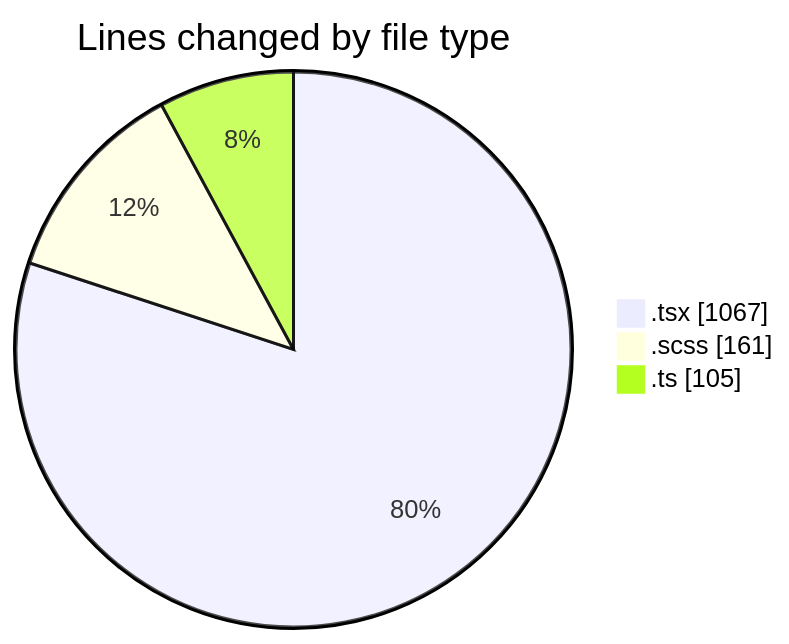
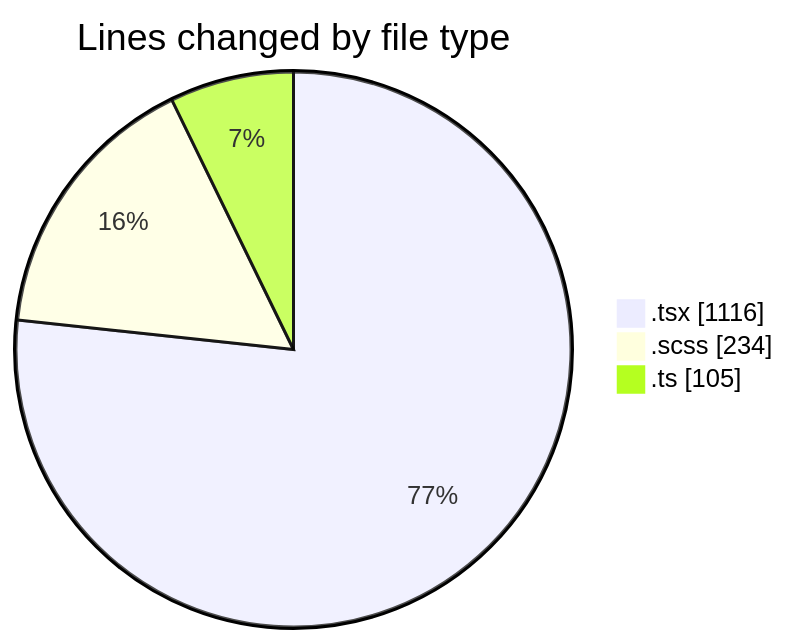
Before and after one commit to momahboobian/code-tracking: the first of 2 diagrams in 2026-11-06/cda/README.md, drawn with Mermaid. The commit also changed other lines of this file and 1 other file, not shown here.

````diff
--- a/2026-11-06/cda/README.md
+++ b/2026-11-06/cda/README.md
@@ -34,7 +35,7 @@
 ```mermaid
 pie showData
 title Lines changed by file type
-".tsx" : 1067
-".scss" : 161
+".tsx" : 1116
+".scss" : 234
 ".ts" : 105
 ```
````
